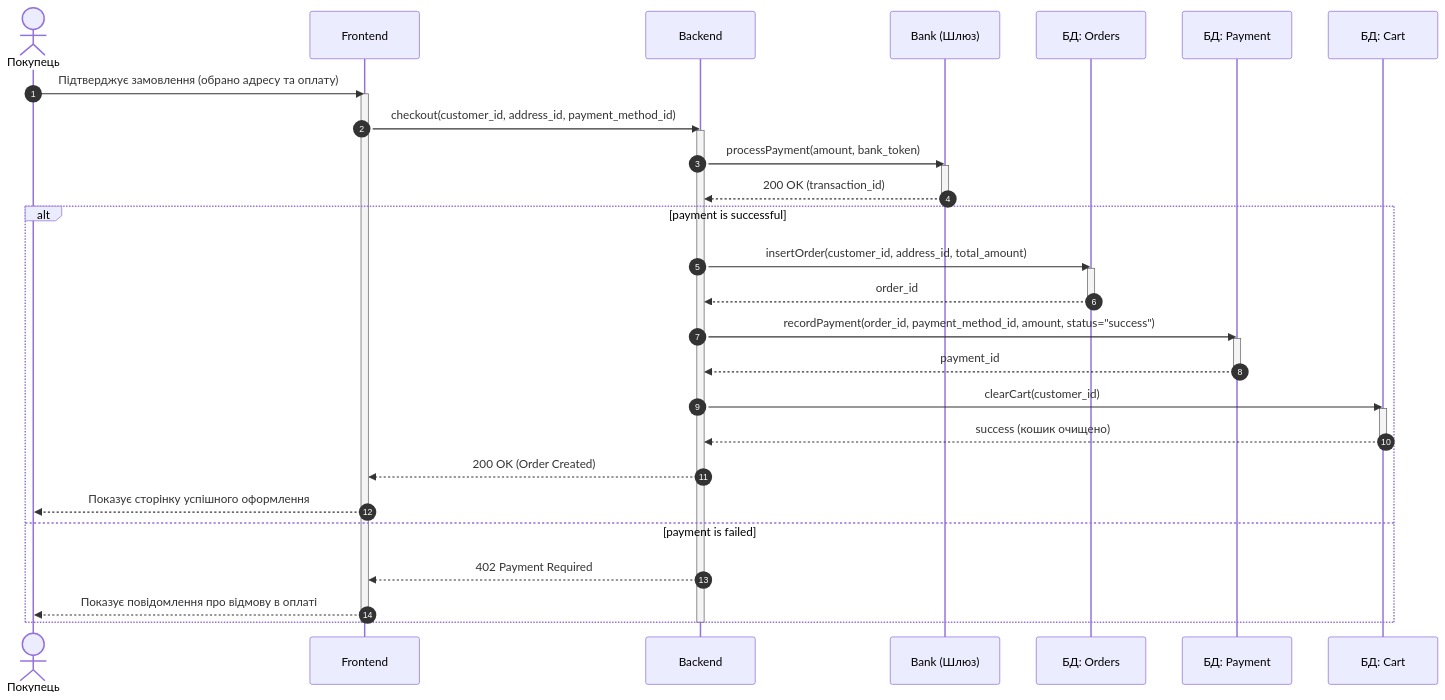
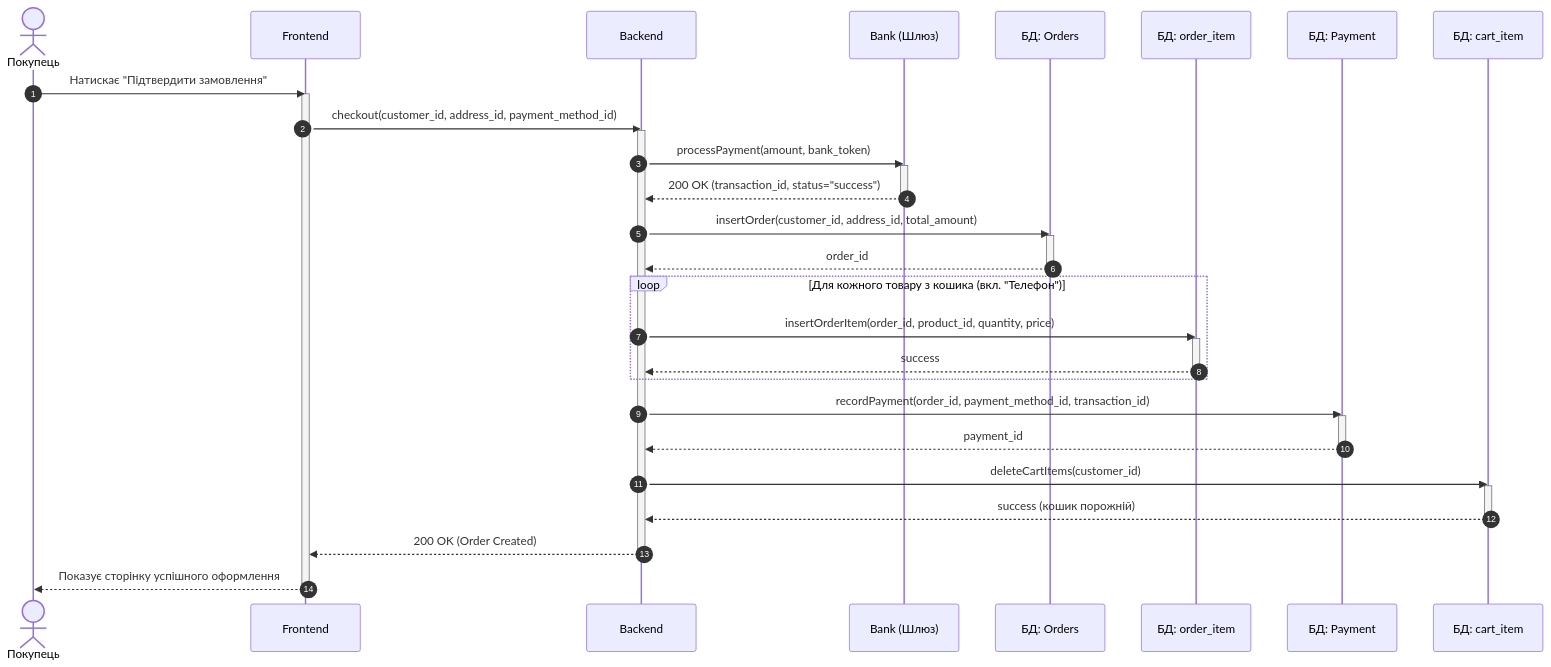
One commit to Haina-me/mavpz changed the diagram in docs/sequence_diagram_КП3.mmd. Above: the diagram before and after it, drawn with Mermaid. The commit also changed 1 other file, not shown here.

Commit message:
refactor: update sequence diagram for КП3

```diff
--- a/docs/sequence_diagram_КП3.mmd
+++ b/docs/sequence_diagram_КП3.mmd
@@ -1,48 +1,51 @@
 %%Успішна оплата створює замовлення й очищує кошик
 
 sequenceDiagram
     autonumber
     actor User as Покупець
     participant Frontend
     participant Backend
     participant Bank as Bank (Шлюз)
     participant Orders as БД: Orders
+    participant OrderItem as БД: order_item
     participant Payment as БД: Payment
-    participant Cart as БД: Cart
+    participant Cart as БД: cart_item
 
-    User ->> Frontend: Підтверджує замовлення (обрано адресу та оплату)
+    User ->> Frontend: Натискає "Підтвердити замовлення"
     activate Frontend
     
     Frontend ->> Backend: checkout(customer_id, address_id, payment_method_id)
     activate Backend
     
     Backend ->> Bank: processPayment(amount, bank_token)
     activate Bank
-    Bank -->> Backend: 200 OK (transaction_id)
+    Bank -->> Backend: 200 OK (transaction_id, status="success")
     deactivate Bank
     
-    alt payment is successful
-        Backend ->> Orders: insertOrder(customer_id, address_id, total_amount)
-        activate Orders
-        Orders -->> Backend: order_id
-        deactivate Orders
-        
-        Backend ->> Payment: recordPayment(order_id, payment_method_id, amount, status="success")
-        activate Payment
-        Payment -->> Backend: payment_id
-        deactivate Payment
-        
-        Backend ->> Cart: clearCart(customer_id)
-        activate Cart
-        Cart -->> Backend: success (кошик очищено)
-        deactivate Cart
-        
-        Backend -->> Frontend: 200 OK (Order Created)
-        Frontend -->> User: Показує сторінку успішного оформлення
-    else payment is failed
-        Backend -->> Frontend: 402 Payment Required
-        Frontend -->> User: Показує повідомлення про відмову в оплаті
+    Backend ->> Orders: insertOrder(customer_id, address_id, total_amount)
+    activate Orders
+    Orders -->> Backend: order_id
+    deactivate Orders
+    
+    loop Для кожного товару з кошика (вкл. "Телефон")
+        Backend ->> OrderItem: insertOrderItem(order_id, product_id, quantity, price)
+        activate OrderItem
+        OrderItem -->> Backend: success
+        deactivate OrderItem
     end
     
+    Backend ->> Payment: recordPayment(order_id, payment_method_id, transaction_id)
+    activate Payment
+    Payment -->> Backend: payment_id
+    deactivate Payment
+    
+    Backend ->> Cart: deleteCartItems(customer_id)
+    activate Cart
+    Cart -->> Backend: success (кошик порожній)
+    deactivate Cart
+    
+    Backend -->> Frontend: 200 OK (Order Created)
     deactivate Backend
+    
+    Frontend -->> User: Показує сторінку успішного оформлення
     deactivate Frontend
```
